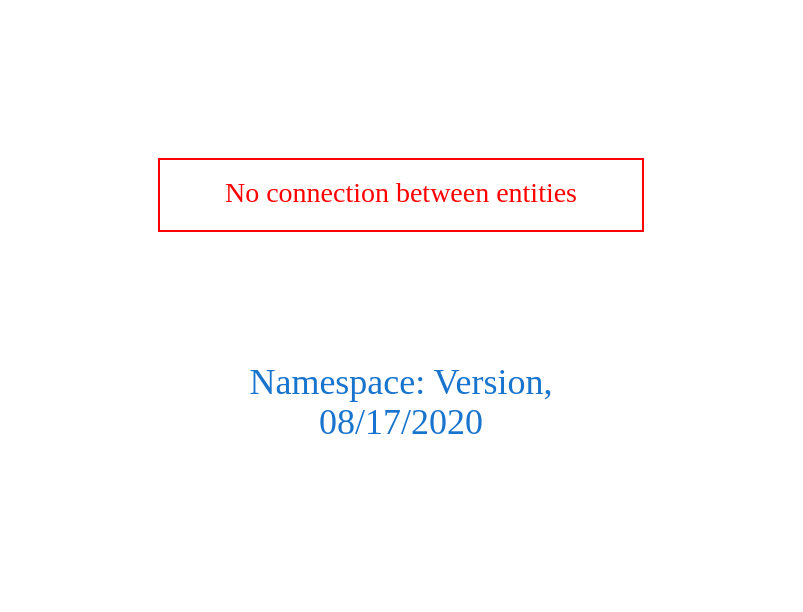
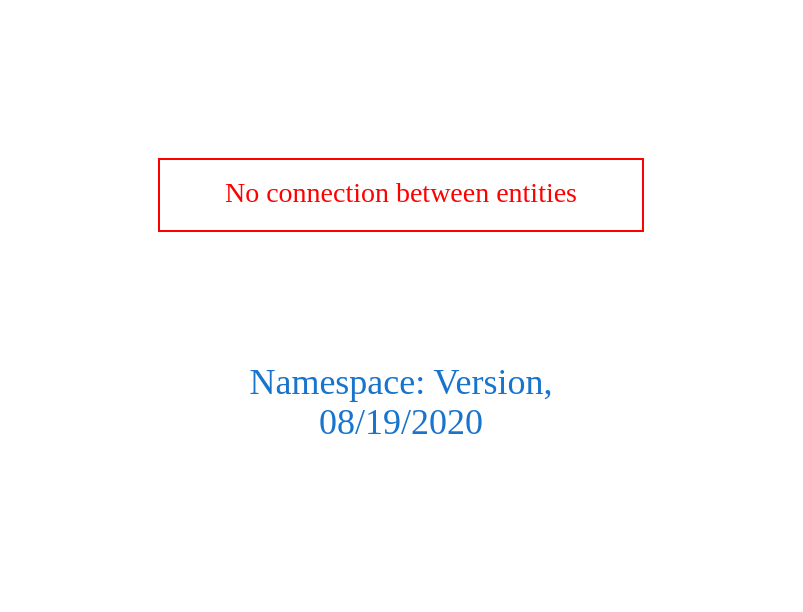
The diagram in downloads/Version.dot (arago/OGIT), drawn with Graphviz before and after one commit. The commit also changed 1786 other files, not shown here.

```diff
--- a/downloads/Version.dot
+++ b/downloads/Version.dot
@@ -1,9 +1,9 @@
 digraph OGIT_ontology {
  graph [ rankdir= LR,pad=1 
 fontsize = 18,
-fontcolor= dodgerblue3,label = "\n\n\nNamespace: Version, \n 08/17/2020"];
+fontcolor= dodgerblue3,label = "\n\n\nNamespace: Version, \n 08/19/2020"];
 node[shape=polygon];
 edge [  color="gray81"];
 
 "No connection between entities" [fontcolor = "red",color="red", shape="polygon"]
 }
```
